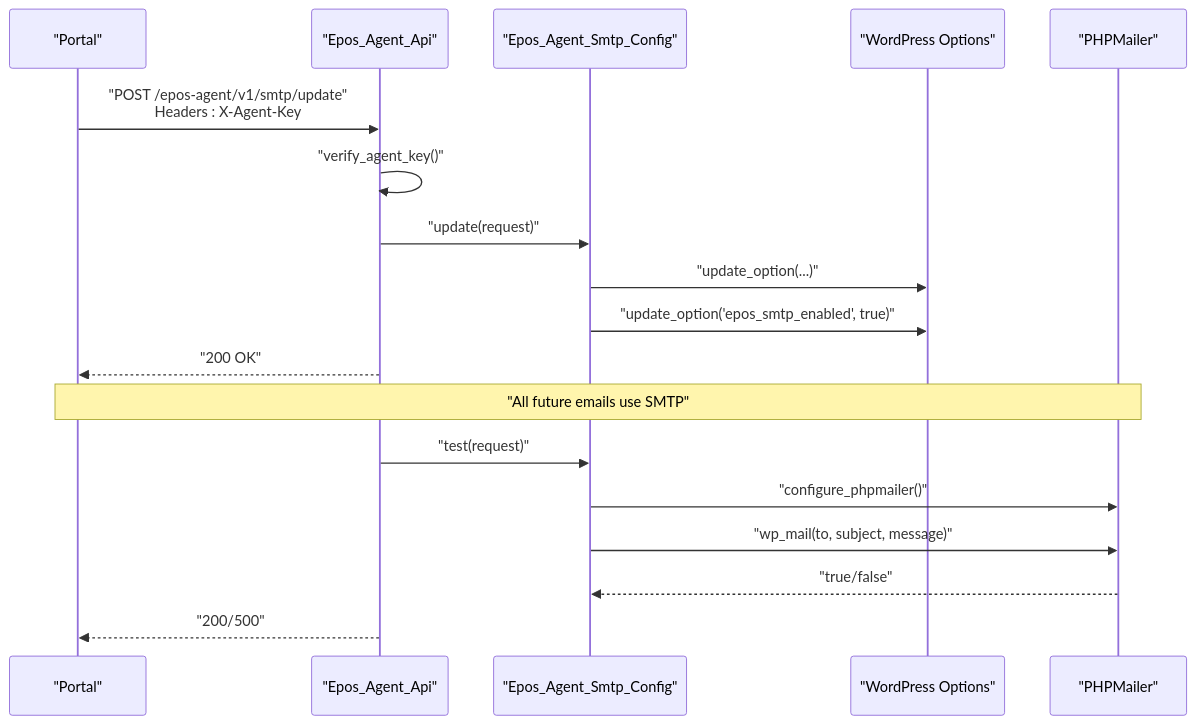
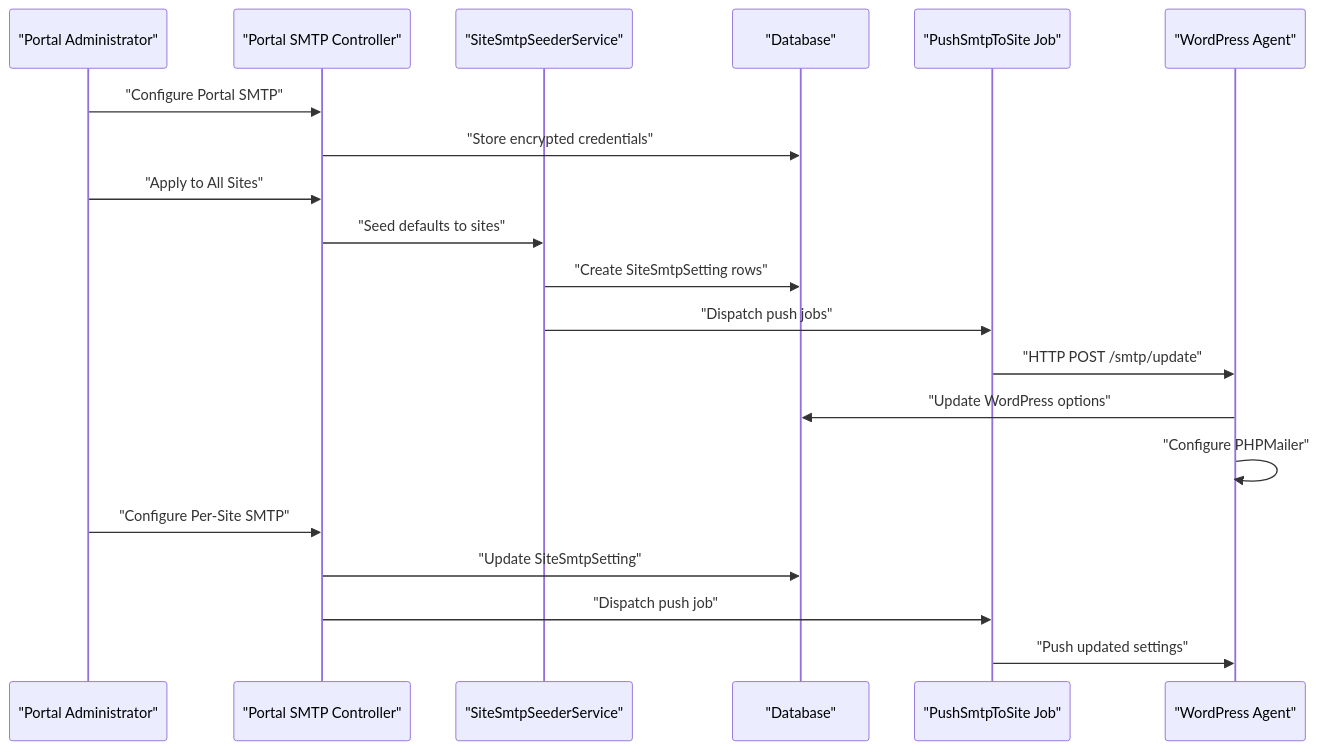
The second of 3 diagrams in .qoder/repowiki/en/content/WordPress Agent Integration/SMTP Configuration.md (FCS-WP/website_portal), drawn with Mermaid before and after one commit. The commit also changed other lines of this file and 30 other files, not shown here.

````diff
--- a/.qoder/repowiki/en/content/WordPress Agent Integration/SMTP Configuration.md
+++ b/.qoder/repowiki/en/content/WordPress Agent Integration/SMTP Configuration.md
@@ -91,20 +132,22 @@
 ```mermaid
 sequenceDiagram
-participant Portal as "Portal"
-participant API as "Epos_Agent_Api"
-participant SMTP as "Epos_Agent_Smtp_Config"
-participant WP as "WordPress Options"
-participant PM as "PHPMailer"
-Portal->>API : "POST /epos-agent/v1/smtp/update"<br/>Headers : X-Agent-Key
-API->>API : "verify_agent_key()"
-API->>SMTP : "update(request)"
-SMTP->>WP : "update_option(...)"
-SMTP->>WP : "update_option('epos_smtp_enabled', true)"
-API-->>Portal : "200 OK"
-Note over Portal,PM : "All future emails use SMTP"
-API->>SMTP : "test(request)"
-SMTP->>PM : "configure_phpmailer()"
-SMTP->>PM : "wp_mail(to, subject, message)"
-PM-->>SMTP : "true/false"
-API-->>Portal : "200/500"
+participant Admin as "Portal Administrator"
+participant Portal as "Portal SMTP Controller"
+participant Seeder as "SiteSmtpSeederService"
+participant DB as "Database"
+participant Queue as "PushSmtpToSite Job"
+participant Agent as "WordPress Agent"
+Admin->>Portal : "Configure Portal SMTP"
+Portal->>DB : "Store encrypted credentials"
+Admin->>Portal : "Apply to All Sites"
+Portal->>Seeder : "Seed defaults to sites"
+Seeder->>DB : "Create SiteSmtpSetting rows"
+Seeder->>Queue : "Dispatch push jobs"
+Queue->>Agent : "HTTP POST /smtp/update"
+Agent->>DB : "Update WordPress options"
+Agent->>Agent : "Configure PHPMailer"
+Admin->>Portal : "Configure Per-Site SMTP"
+Portal->>DB : "Update SiteSmtpSetting"
+Portal->>Queue : "Dispatch push job"
+Queue->>Agent : "Push updated settings"
 ```
````
